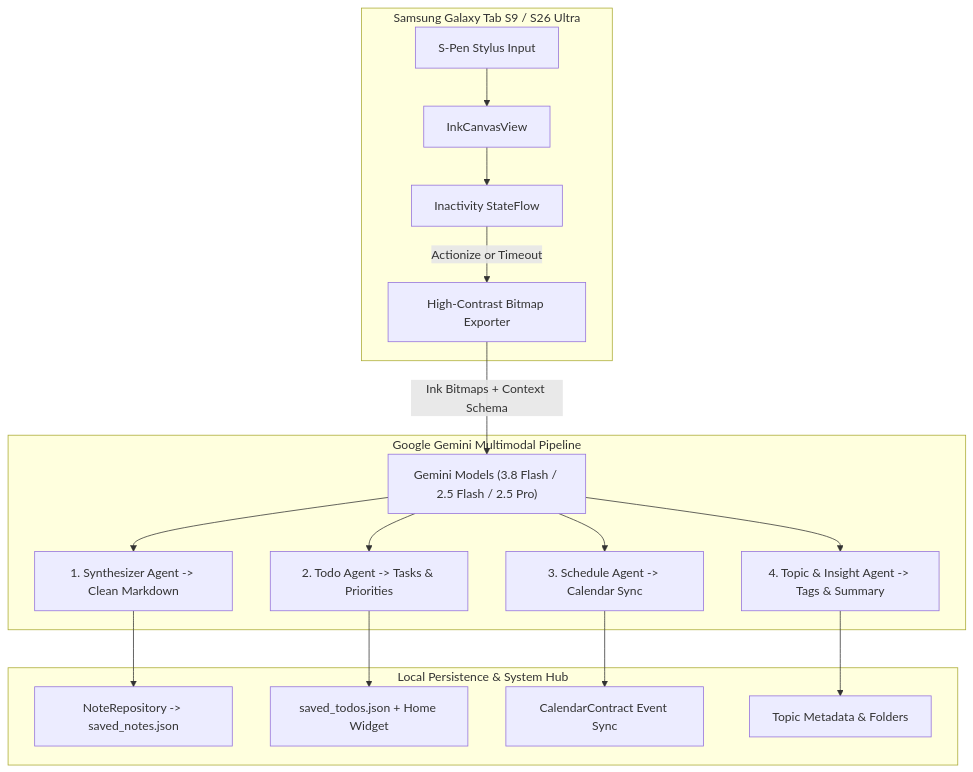
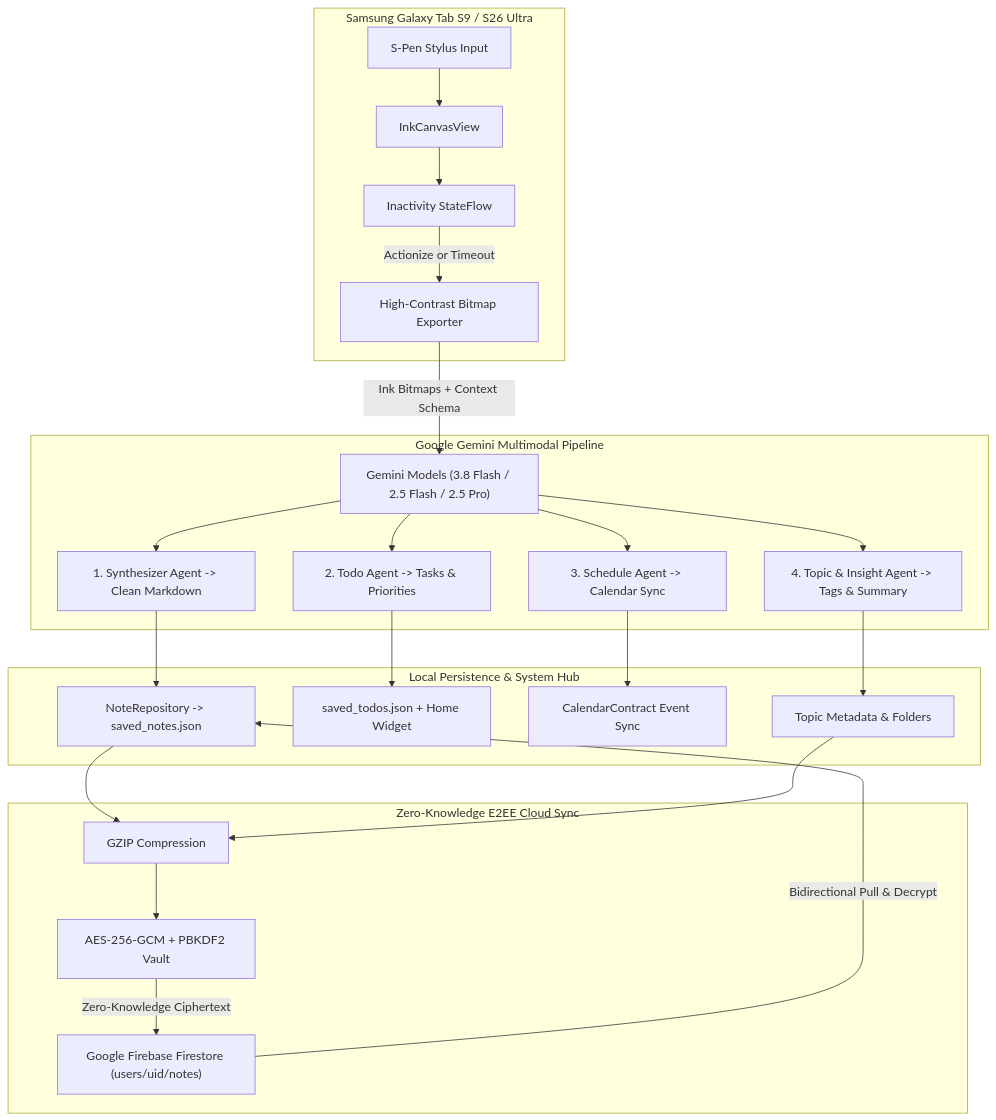
Before and after one commit to ForcePushDavid/InkAction: the diagram in README.md, drawn with Mermaid. The commit also changed other lines of this file and 2 other files, not shown here.

Commit message:
docs: update README, ARCHITECTURE, and AGENTS for v2.4.5 (E2EE sync, GZIP, tablet UI)

````diff
--- a/README.md
+++ b/README.md
@@ -49,23 +62,30 @@
 ```mermaid
 flowchart TD
     subgraph Device [Samsung Galaxy Tab S9 / S26 Ultra]
         A[S-Pen Stylus Input] --> B[InkCanvasView]
         B --> C[Inactivity StateFlow]
         C -->|Actionize or Timeout| D[High-Contrast Bitmap Exporter]
     end
 
     subgraph AI [Google Gemini Multimodal Pipeline]
         D -->|Ink Bitmaps + Context Schema| E["Gemini Models (3.8 Flash / 2.5 Flash / 2.5 Pro)"]
         E --> F[1. Synthesizer Agent -> Clean Markdown]
         E --> G[2. Todo Agent -> Tasks & Priorities]
         E --> H[3. Schedule Agent -> Calendar Sync]
         E --> I[4. Topic & Insight Agent -> Tags & Summary]
     end
 
     subgraph Storage [Local Persistence & System Hub]
         F --> J[NoteRepository -> saved_notes.json]
         G --> K[saved_todos.json + Home Widget]
         H --> L[CalendarContract Event Sync]
         I --> M[Topic Metadata & Folders]
     end
+
+    subgraph Cloud [Zero-Knowledge E2EE Cloud Sync]
+        J & M --> N[GZIP Compression]
+        N --> O[AES-256-GCM + PBKDF2 Vault]
+        O -->|Zero-Knowledge Ciphertext| P["Google Firebase Firestore (users/uid/notes)"]
+        P -->|Bidirectional Pull & Decrypt| J
+    end
 ```
````
